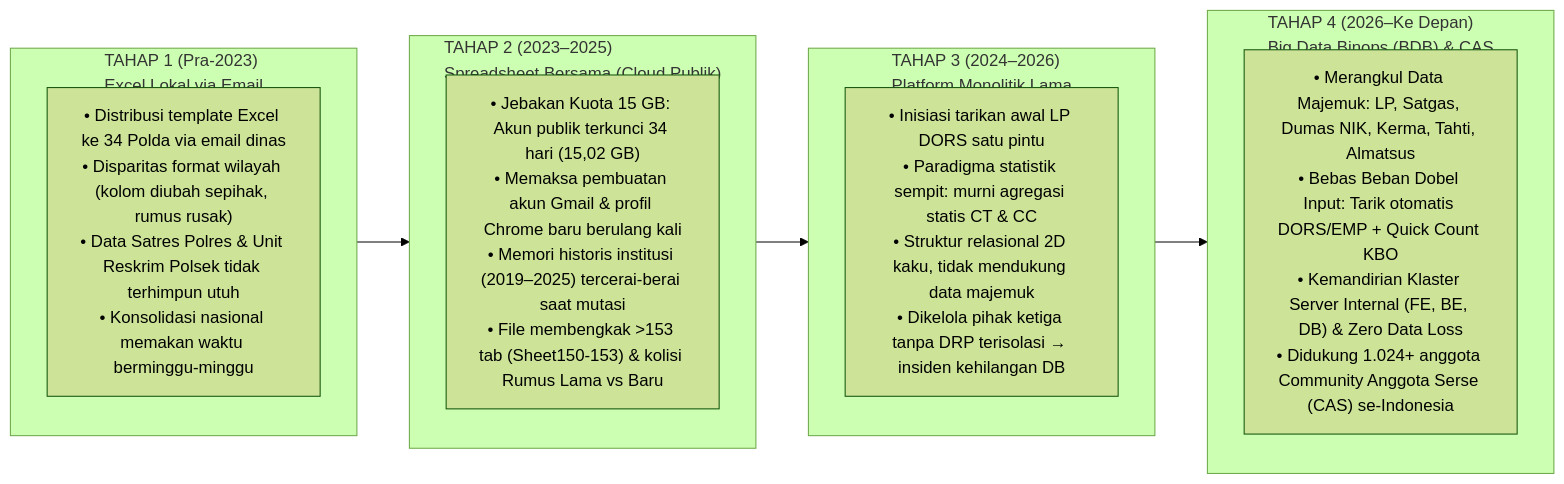
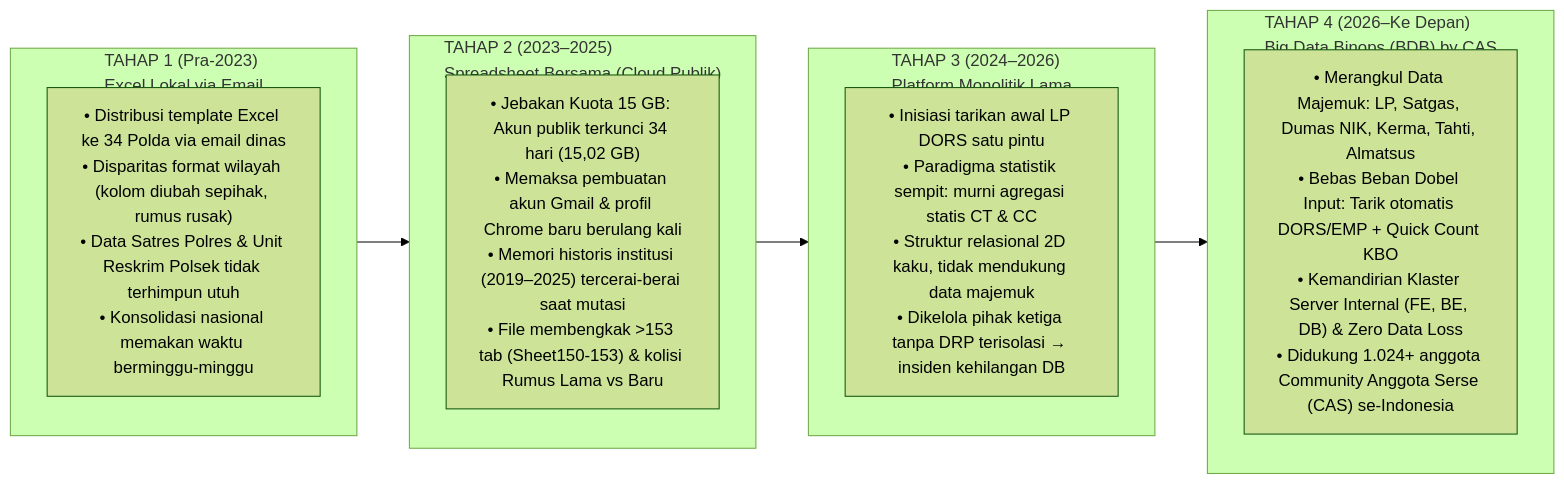
The first of 3 diagrams in docs/STRATEGIC_GOVERNANCE_AND_EVOLUTION.md (omeko42/big-data-binops), drawn with Mermaid (forest theme) before and after one commit. The commit also changed other lines of this file and 7 other files, not shown here.

Commit message:
chore(rebrand): standardize platform branding to Big Data Binops (BDB) by Community Anggota Serse (CAS)

````diff
--- a/docs/STRATEGIC_GOVERNANCE_AND_EVOLUTION.md
+++ b/docs/STRATEGIC_GOVERNANCE_AND_EVOLUTION.md
@@ -22,20 +22,20 @@
 ```mermaid
 flowchart LR
     subgraph T1["TAHAP 1 (Pra-2023)\nExcel Lokal via Email"]
         T1A["• Distribusi template Excel ke 34 Polda via email dinas\n• Disparitas format wilayah (kolom diubah sepihak, rumus rusak)\n• Data Satres Polres & Unit Reskrim Polsek tidak terhimpun utuh\n• Konsolidasi nasional memakan waktu berminggu-minggu"]
     end
 
     subgraph T2["TAHAP 2 (2023–2025)\nSpreadsheet Bersama (Cloud Publik)"]
         T2A["• Jebakan Kuota 15 GB: Akun publik terkunci 34 hari (15,02 GB)\n• Memaksa pembuatan akun Gmail & profil Chrome baru berulang kali\n• Memori historis institusi (2019–2025) tercerai-berai saat mutasi\n• File membengkak >153 tab (Sheet150-153) & kolisi Rumus Lama vs Baru"]
     end
 
     subgraph T3["TAHAP 3 (2024–2026)\nPlatform Monolitik Lama"]
         T3A["• Inisiasi tarikan awal LP DORS satu pintu\n• Paradigma statistik sempit: murni agregasi statis CT & CC\n• Struktur relasional 2D kaku, tidak mendukung data majemuk\n• Dikelola pihak ketiga tanpa DRP terisolasi → insiden kehilangan DB"]
     end
 
-    subgraph T4["TAHAP 4 (2026–Ke Depan)\nBig Data Binops (BDB) & CAS"]
+    subgraph T4["TAHAP 4 (2026–Ke Depan)\nBig Data Binops (BDB) by CAS"]
         T4A["• Merangkul Data Majemuk: LP, Satgas, Dumas NIK, Kerma, Tahti, Almatsus\n• Bebas Beban Dobel Input: Tarik otomatis DORS/EMP + Quick Count KBO\n• Kemandirian Klaster Server Internal (FE, BE, DB) & Zero Data Loss\n• Didukung 1.024+ anggota Community Anggota Serse (CAS) se-Indonesia"]
     end
 
     T1 --> T2 --> T3 --> T4
 ```
````
